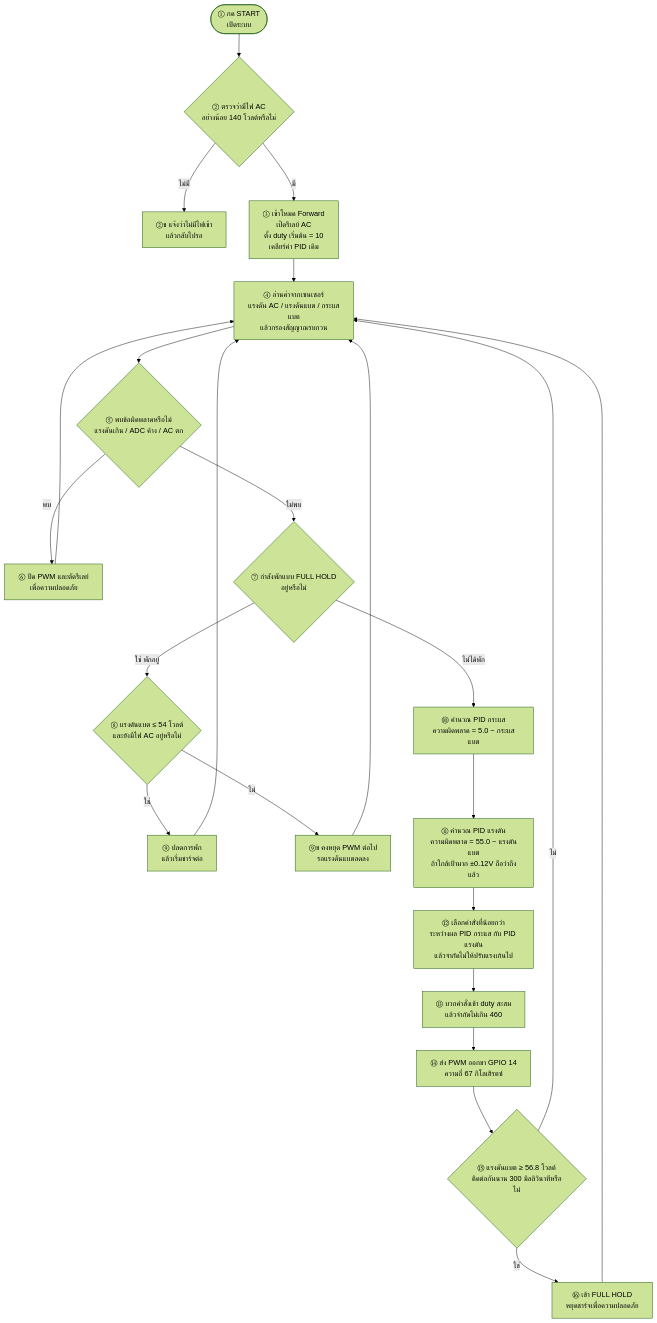
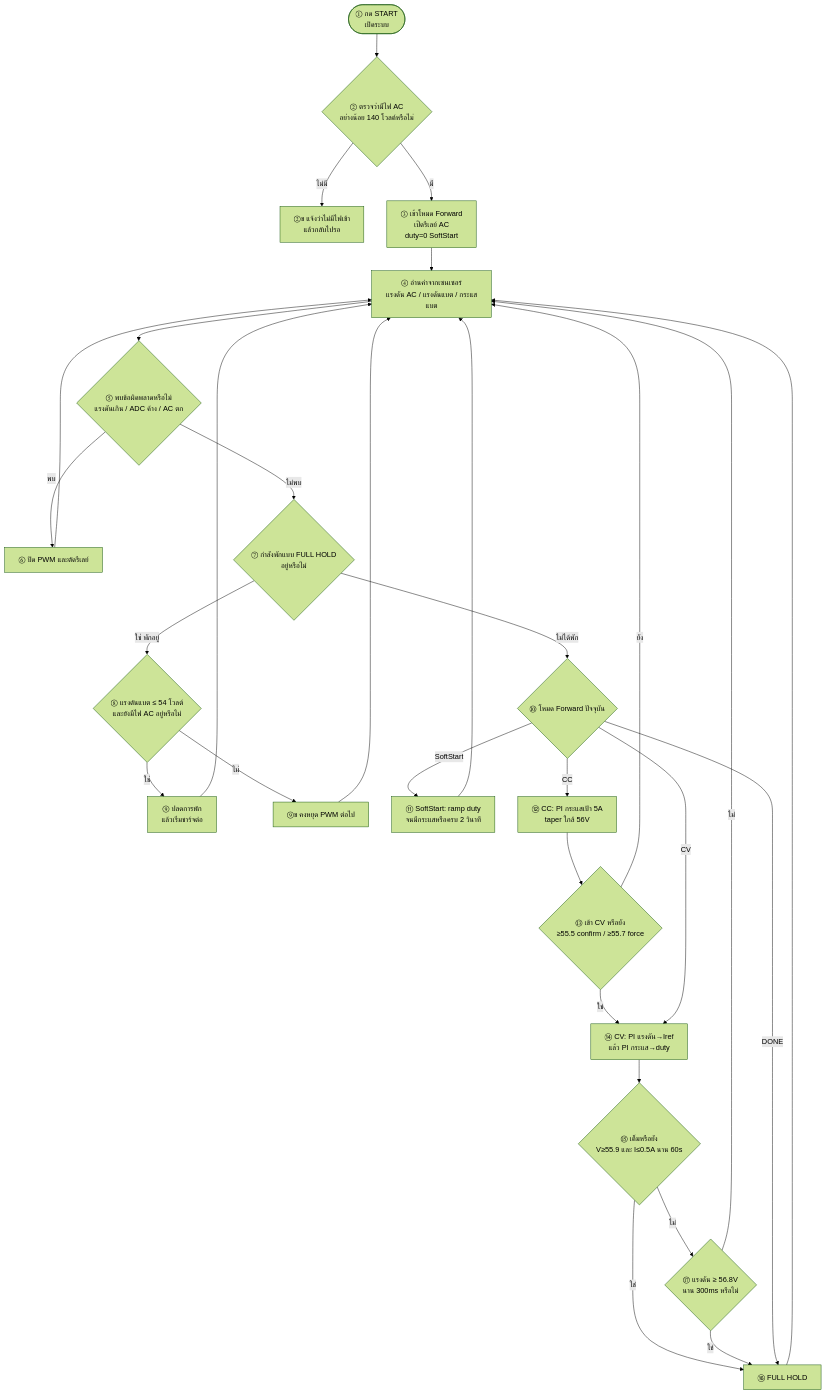
One commit to phoomipornker-code/code changed the diagram in docs/flowchart-forward-only.mmd. Above: the diagram before and after it, drawn with Mermaid (forest theme). The commit also changed 5 other files, not shown here.

First line of the commit message:
Rewrite Forward control as SoftStart→CC→CV→DONE

```diff
--- a/docs/flowchart-forward-only.mmd
+++ b/docs/flowchart-forward-only.mmd
@@ -1,19 +1,22 @@
 flowchart TD
     A(["① กด START<br/>เปิดระบบ"]) --> B{"② ตรวจว่ามีไฟ AC<br/>อย่างน้อย 140 โวลต์หรือไม่"}
     B -- ไม่มี --> Z["②ข แจ้งว่าไม่มีไฟเข้า<br/>แล้วกลับไปรอ"]
-    B -- มี --> C["③ เข้าโหมด Forward<br/>เปิดรีเลย์ AC<br/>ตั้ง duty เริ่มต้น = 10<br/>เคลียร์ค่า PID เดิม"]
-    C --> D["④ อ่านค่าจากเซนเซอร์<br/>แรงดัน AC / แรงดันแบต / กระแสแบต<br/>แล้วกรองสัญญาณรบกวน"]
+    B -- มี --> C["③ เข้าโหมด Forward<br/>เปิดรีเลย์ AC<br/>duty=0 SoftStart"]
+    C --> D["④ อ่านค่าจากเซนเซอร์<br/>แรงดัน AC / แรงดันแบต / กระแสแบต"]
     D --> E{"⑤ พบข้อผิดพลาดหรือไม่<br/>แรงดันเกิน / ADC ค้าง / AC ตก"}
-    E -- พบ --> F["⑥ ปิด PWM และตัดรีเลย์<br/>เพื่อความปลอดภัย"] --> D
+    E -- พบ --> F["⑥ ปิด PWM และตัดรีเลย์"] --> D
     E -- ไม่พบ --> G{"⑦ กำลังพักแบบ FULL HOLD<br/>อยู่หรือไม่"}
     G -- ใช่ พักอยู่ --> H{"⑧ แรงดันแบต ≤ 54 โวลต์<br/>และยังมีไฟ AC อยู่หรือไม่"}
     H -- ใช่ --> I["⑨ ปลดการพัก<br/>แล้วเริ่มชาร์จต่อ"] --> D
-    H -- ไม่ --> J["⑨ข คงหยุด PWM ต่อไป<br/>รอแรงดันแบตลดลง"] --> D
-    G -- ไม่ได้พัก --> K["⑩ คำนวณ PID กระแส<br/>ความผิดพลาด = 5.0 − กระแสแบต"]
-    K --> L["⑪ คำนวณ PID แรงดัน<br/>ความผิดพลาด = 55.0 − แรงดันแบต<br/>ถ้าใกล้เป้ามาก ±0.12V ถือว่าถึงแล้ว"]
-    L --> M["⑫ เลือกคำสั่งที่น้อยกว่า<br/>ระหว่างผล PID กระแส กับ PID แรงดัน<br/>แล้วจำกัดไม่ให้ปรับแรงเกินไป"]
-    M --> N["⑬ บวกคำสั่งเข้า duty สะสม<br/>แล้วจำกัดไม่เกิน 460"]
-    N --> O["⑭ ส่ง PWM ออกขา GPIO 14<br/>ความถี่ 67 กิโลเฮิรตซ์"]
-    O --> P{"⑮ แรงดันแบต ≥ 56.8 โวลต์<br/>ติดต่อกันนาน 300 มิลลิวินาทีหรือไม่"}
-    P -- ใช่ --> Q["⑯ เข้า FULL HOLD<br/>หยุดชาร์จเพื่อความปลอดภัย"] --> D
-    P -- ไม่ --> D
+    H -- ไม่ --> J["⑨ข คงหยุด PWM ต่อไป"] --> D
+    G -- ไม่ได้พัก --> S{"⑩ โหมด Forward ปัจจุบัน"}
+    S -- SoftStart --> SS["⑪ SoftStart: ramp duty<br/>จนมีกระแสหรือครบ 2 วินาที"] --> D
+    S -- CC --> CC["⑫ CC: PI กระแสเป้า 5A<br/>taper ใกล้ 56V"] --> ENT{"⑬ เข้า CV หรือยัง<br/>≥55.5 confirm / ≥55.7 force"}
+    ENT -- ยัง --> D
+    ENT -- ใช่ --> CV
+    S -- CV --> CV["⑭ CV: PI แรงดัน→Iref<br/>แล้ว PI กระแส→duty"] --> FULL{"⑮ เต็มหรือยัง<br/>V≥55.9 และ I≤0.5A นาน 60s"}
+    FULL -- ใช่ --> Q["⑯ FULL HOLD"] --> D
+    FULL -- ไม่ --> HV{"⑰ แรงดัน ≥ 56.8V<br/>นาน 300ms หรือไม่"}
+    HV -- ใช่ --> Q
+    HV -- ไม่ --> D
+    S -- DONE --> Q
```
